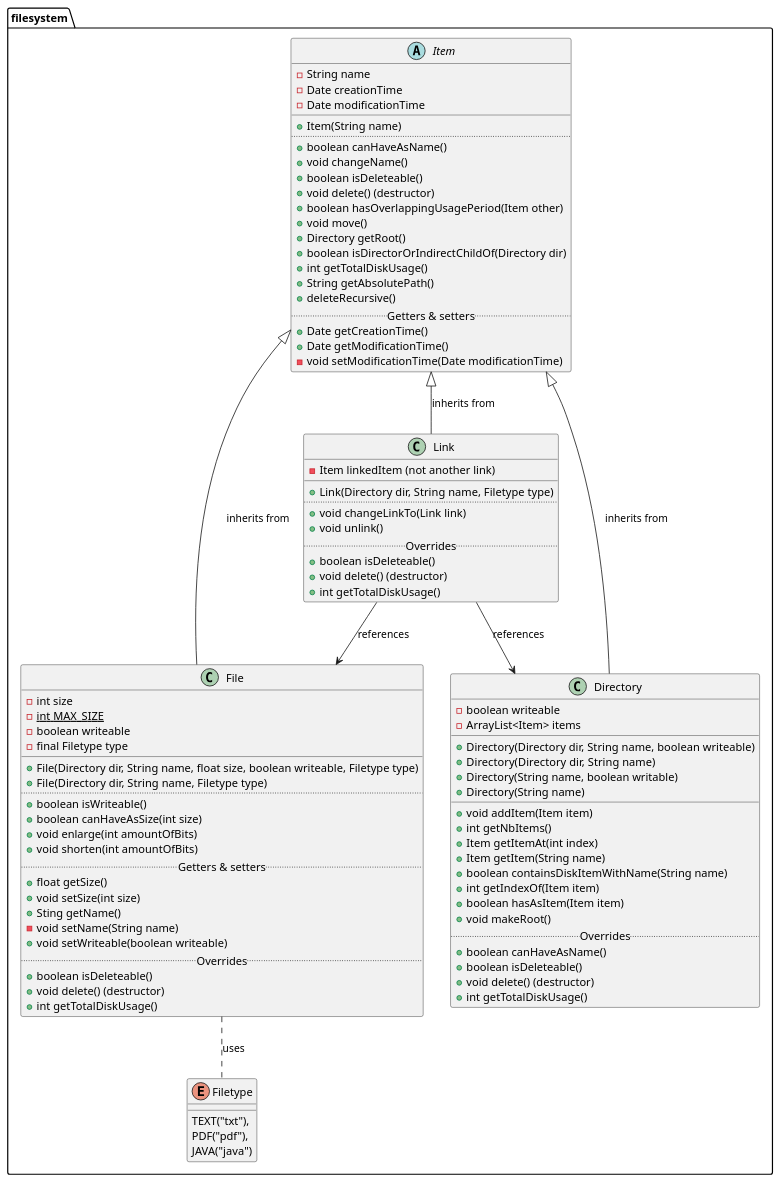
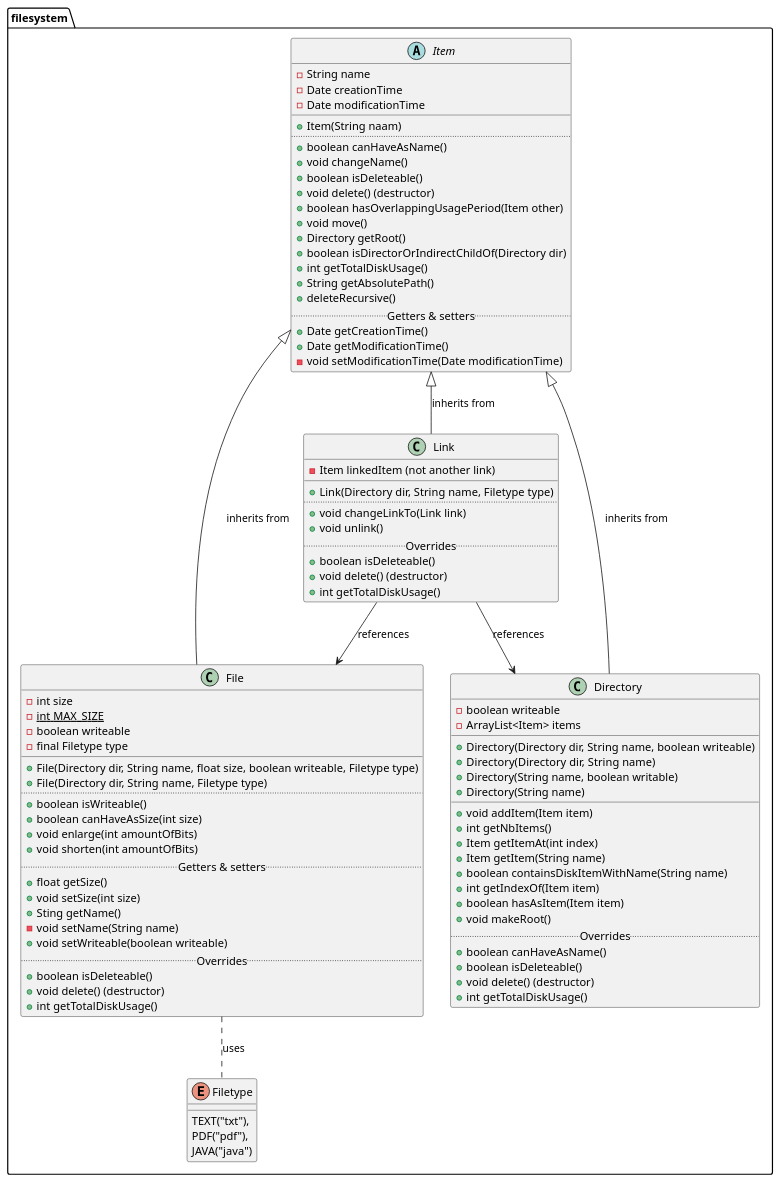
The diagram in class-diagram/classdiagram.puml (vanschependom/KULAK_ogp-practicum2), drawn with PlantUML before and after one commit.

```diff
--- a/class-diagram/classdiagram.puml
+++ b/class-diagram/classdiagram.puml
@@ -1,108 +1,108 @@
 @startuml
 
 package filesystem {
 
 abstract Item {
     - String name
     - Date creationTime
     - Date modificationTime
 __
-    + Item(String name)
+    + Item(String naam)
 ..
     + boolean canHaveAsName()
     + void changeName()
     + boolean isDeleteable()
     + void delete() (destructor)
     + boolean hasOverlappingUsagePeriod(Item other)
     + void move()
     + Directory getRoot()
     + boolean isDirectorOrIndirectChildOf(Directory dir)
     + int getTotalDiskUsage()
     + String getAbsolutePath()
     + deleteRecursive()
 ..Getters & setters..
     + Date getCreationTime()
     + Date getModificationTime()
     - void setModificationTime(Date modificationTime)
 }
 
 class File {
     - int size
     - {static} int MAX_SIZE
     - boolean writeable
     - final Filetype type
 __
     + File(Directory dir, String name, float size, boolean writeable, Filetype type)
     + File(Directory dir, String name, Filetype type)
 ..
     + boolean isWriteable()
     + boolean canHaveAsSize(int size)
     + void enlarge(int amountOfBits)
     + void shorten(int amountOfBits)
 ..Getters & setters..
     + float getSize()
     + void setSize(int size)
     + Sting getName()
     - void setName(String name)
     + void setWriteable(boolean writeable)
 ..Overrides..
     + boolean isDeleteable()
     + void delete() (destructor)
     + int getTotalDiskUsage()
 }
 
 enum Filetype {
     TEXT("txt"),
     PDF("pdf"),
     JAVA("java")
 }
 
 class Directory {
     - boolean writeable
     - ArrayList<Item> items
 __
     + Directory(Directory dir, String name, boolean writeable)
     + Directory(Directory dir, String name)
     + Directory(String name, boolean writable)
     + Directory(String name)
 __
     + void addItem(Item item)
     + int getNbItems()
     + Item getItemAt(int index)
     + Item getItem(String name)
     + boolean containsDiskItemWithName(String name)
     + int getIndexOf(Item item)
     + boolean hasAsItem(Item item)
     + void makeRoot()
 .. Overrides ..
     + boolean canHaveAsName()
     + boolean isDeleteable()
     + void delete() (destructor)
     + int getTotalDiskUsage()
 }
 
 class Link {
     - Item linkedItem (not another link)
 __
     + Link(Directory dir, String name, Filetype type)
 ..
     + void changeLinkTo(Link link)
     + void unlink()
 ..Overrides..
     + boolean isDeleteable()
     + void delete() (destructor)
     + int getTotalDiskUsage()
 }
 
 Item <|-- Link: inherits from
 Item <|-- File: inherits from
 Item <|-- Directory: inherits from
 
 File .. Filetype: uses
 
 Link --> File: references
 Link --> Directory: references
 
 }
 
 @enduml
```
